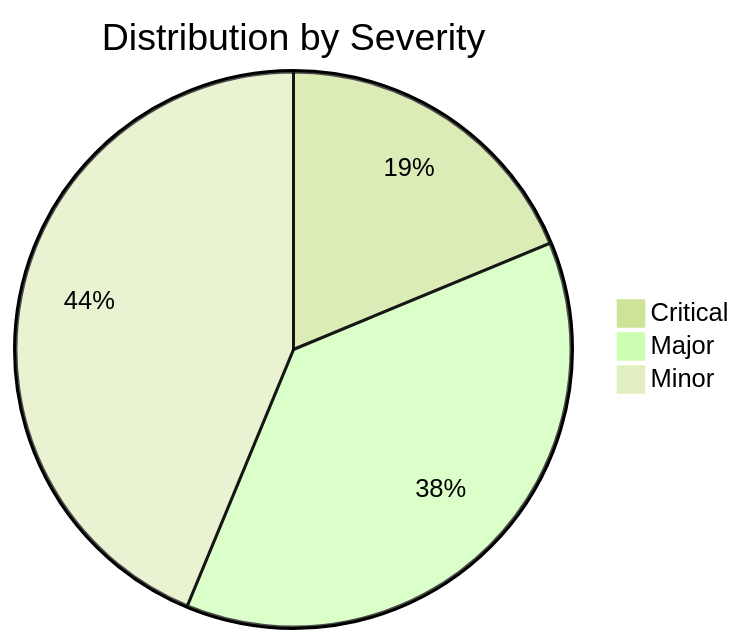
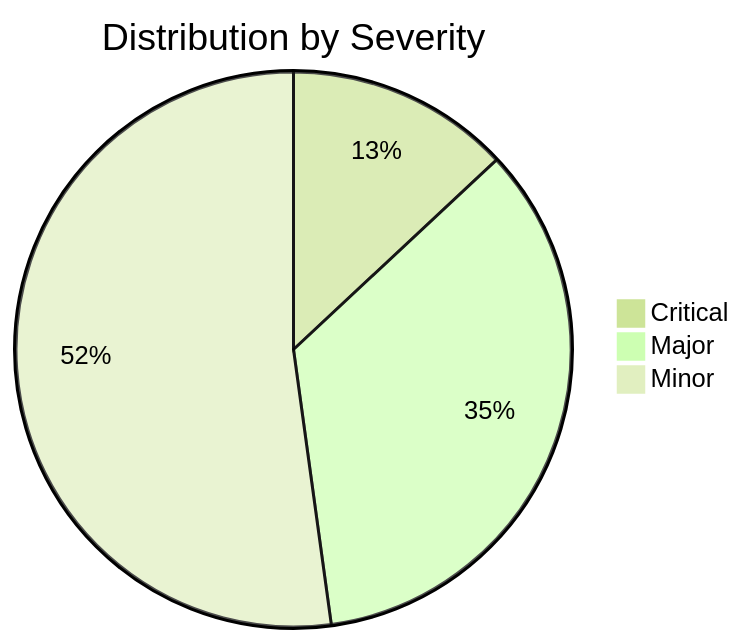
Before and after one commit to renesenses/roon-controller: the first of 2 diagrams in docs/ISSUES.en.md, drawn with Mermaid (forest theme). The commit also changed other lines of this file and 10 other files, not shown here.

````diff
--- a/docs/ISSUES.en.md
+++ b/docs/ISSUES.en.md
@@ -7,6 +7,6 @@
 ```mermaid
 pie title Distribution by Severity
     "Critical" : 3
-    "Major" : 6
-    "Minor" : 7
+    "Major" : 8
+    "Minor" : 12
 ```
````
